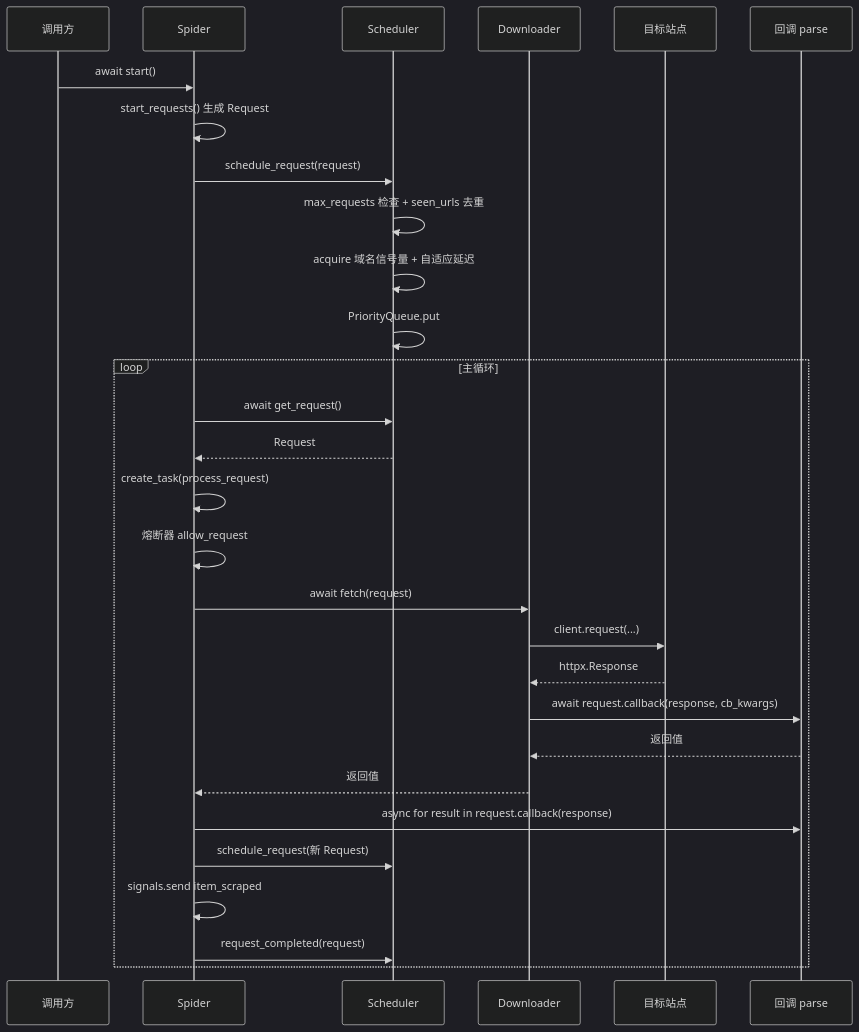
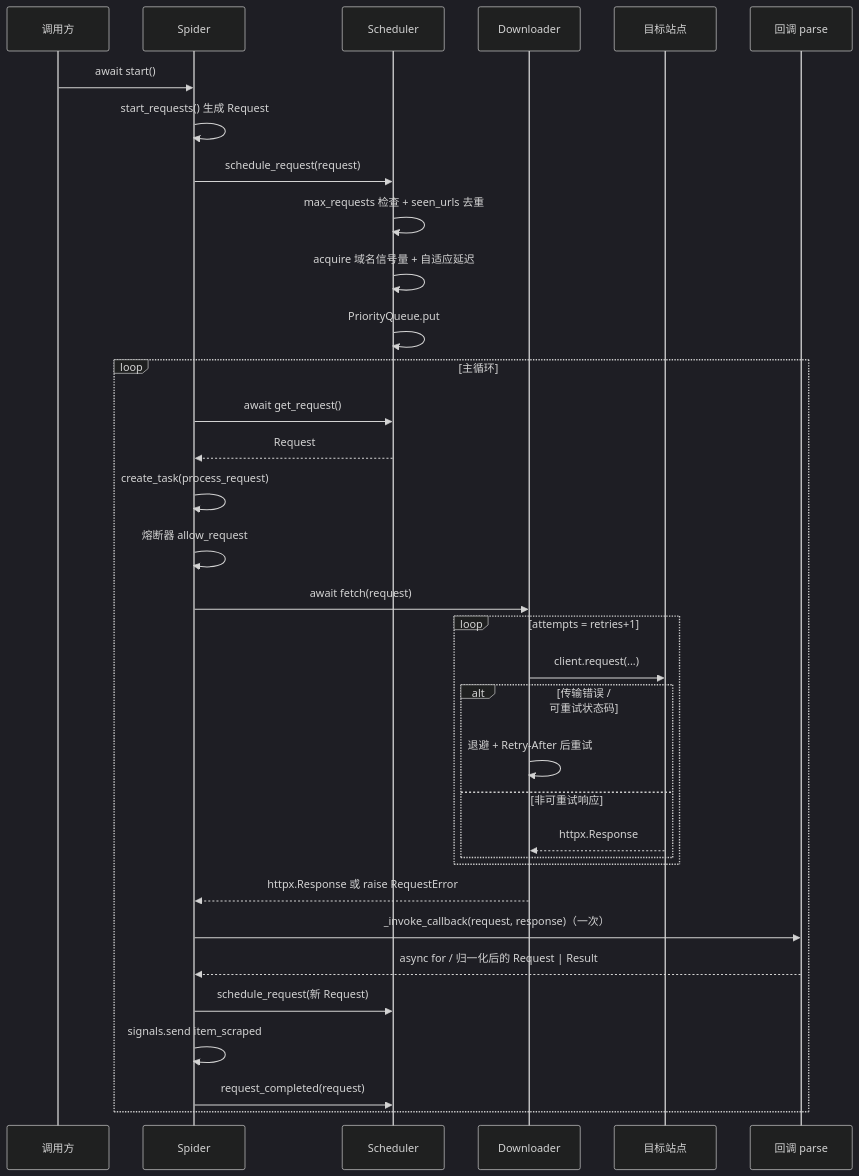
One commit to fengqimin/WebAnts changed the second of 3 diagrams in docs/wiki/01-architecture.md. Above: the diagram before and after it, drawn with Mermaid (dark theme). The commit also changed other lines of this file and 7 other files, not shown here.

````diff
--- a/docs/wiki/01-architecture.md
+++ b/docs/wiki/01-architecture.md
@@ -54,32 +54,37 @@
 ```mermaid
 sequenceDiagram
     participant U as 调用方
     participant SP as Spider
     participant SCH as Scheduler
     participant DL as Downloader
     participant NET as 目标站点
     participant CB as 回调 parse
 
     U->>SP: await start()
     SP->>SP: start_requests() 生成 Request
     SP->>SCH: schedule_request(request)
     SCH->>SCH: max_requests 检查 + seen_urls 去重
     SCH->>SCH: acquire 域名信号量 + 自适应延迟
     SCH->>SCH: PriorityQueue.put
     loop 主循环
         SP->>SCH: await get_request()
         SCH-->>SP: Request
         SP->>SP: create_task(process_request)
         SP->>SP: 熔断器 allow_request
         SP->>DL: await fetch(request)
-        DL->>NET: client.request(...)
-        NET-->>DL: httpx.Response
-        DL->>CB: await request.callback(response, cb_kwargs)
-        CB-->>DL: 返回值
-        DL-->>SP: 返回值
-        SP->>CB: async for result in request.callback(response)
+        loop attempts = retries+1
+            DL->>NET: client.request(...)
+            alt 传输错误 / 可重试状态码
+                DL->>DL: 退避 + Retry-After 后重试
+            else 非可重试响应
+                NET-->>DL: httpx.Response
+            end
+        end
+        DL-->>SP: httpx.Response 或 raise RequestError
+        SP->>CB: _invoke_callback(request, response)（一次）
+        CB-->>SP: async for / 归一化后的 Request | Result
         SP->>SCH: schedule_request(新 Request)
         SP->>SP: signals.send item_scraped
         SP->>SCH: request_completed(request)
     end
 ```
````
